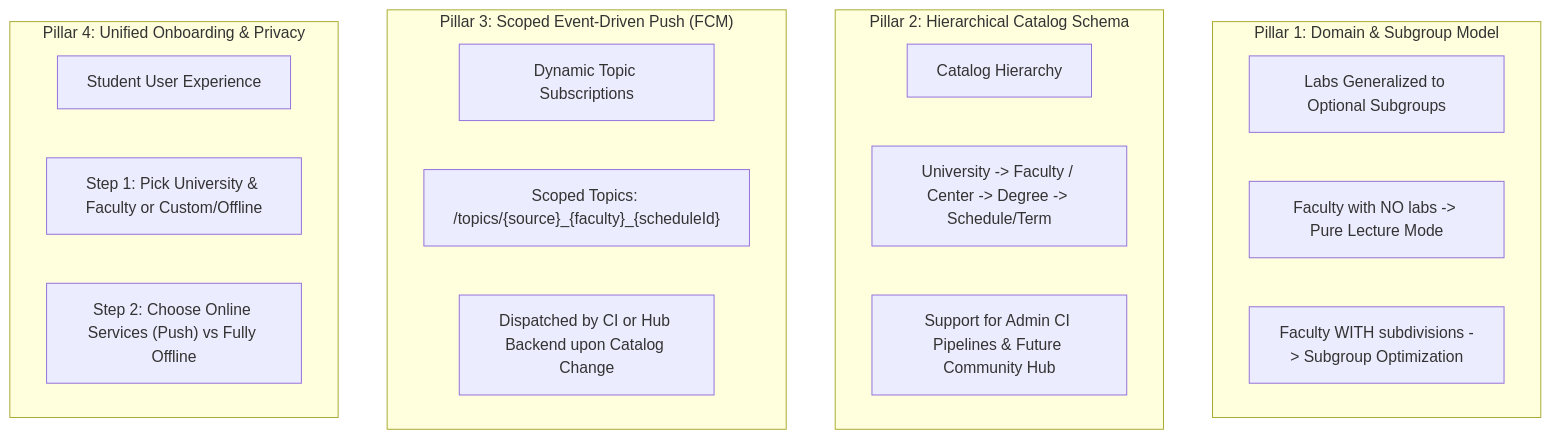
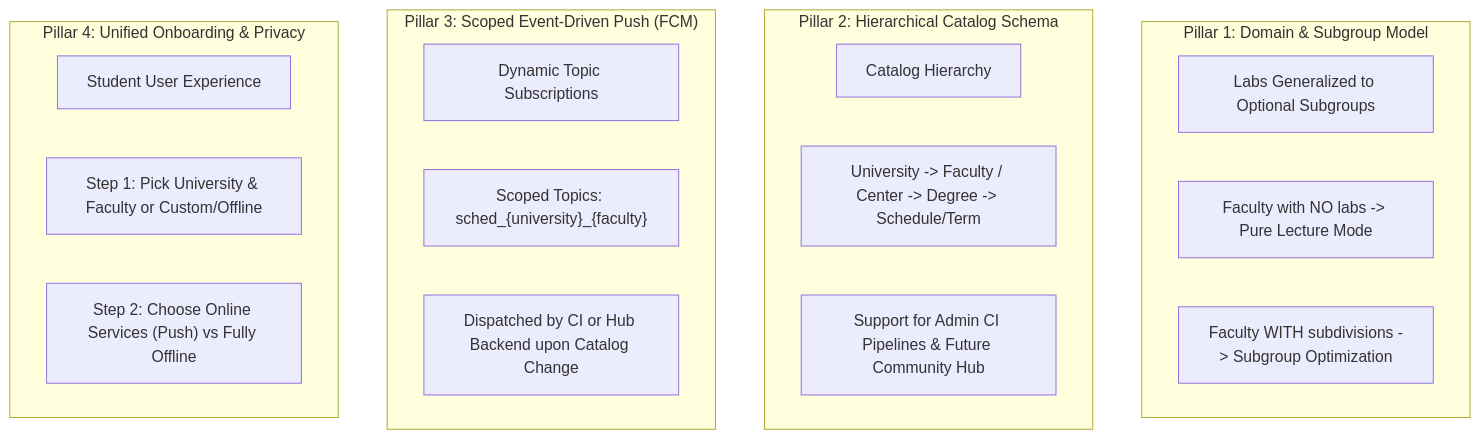
One commit to MarcosLorCar/ClemenTime changed the first of 2 diagrams in docs/multi_faculty_and_fcm_architecture.md. Above: the diagram before and after it, drawn with Mermaid. The commit also changed other lines of this file and 20 other files, not shown here.

````diff
--- a/docs/multi_faculty_and_fcm_architecture.md
+++ b/docs/multi_faculty_and_fcm_architecture.md
@@ -12,26 +12,26 @@
 ```mermaid
 flowchart TD
     subgraph P1["Pillar 1: Domain & Subgroup Model"]
         A[Labs Generalized to Optional Subgroups]
         A1[Faculty with NO labs -> Pure Lecture Mode]
         A2[Faculty WITH subdivisions -> Subgroup Optimization]
     end
 
     subgraph P2["Pillar 2: Hierarchical Catalog Schema"]
         B[Catalog Hierarchy]
         B1["University -> Faculty / Center -> Degree -> Schedule/Term"]
         B2["Support for Admin CI Pipelines & Future Community Hub"]
     end
 
     subgraph P3["Pillar 3: Scoped Event-Driven Push (FCM)"]
         C[Dynamic Topic Subscriptions]
-        C1["Scoped Topics: /topics/{source}_{faculty}_{scheduleId}"]
+        C1["Scoped Topics: sched_{university}_{faculty}"]
         C2["Dispatched by CI or Hub Backend upon Catalog Change"]
     end
 
     subgraph P4["Pillar 4: Unified Onboarding & Privacy"]
         D[Student User Experience]
         D1["Step 1: Pick University & Faculty or Custom/Offline"]
         D2["Step 2: Choose Online Services (Push) vs Fully Offline"]
     end
 ```
````
